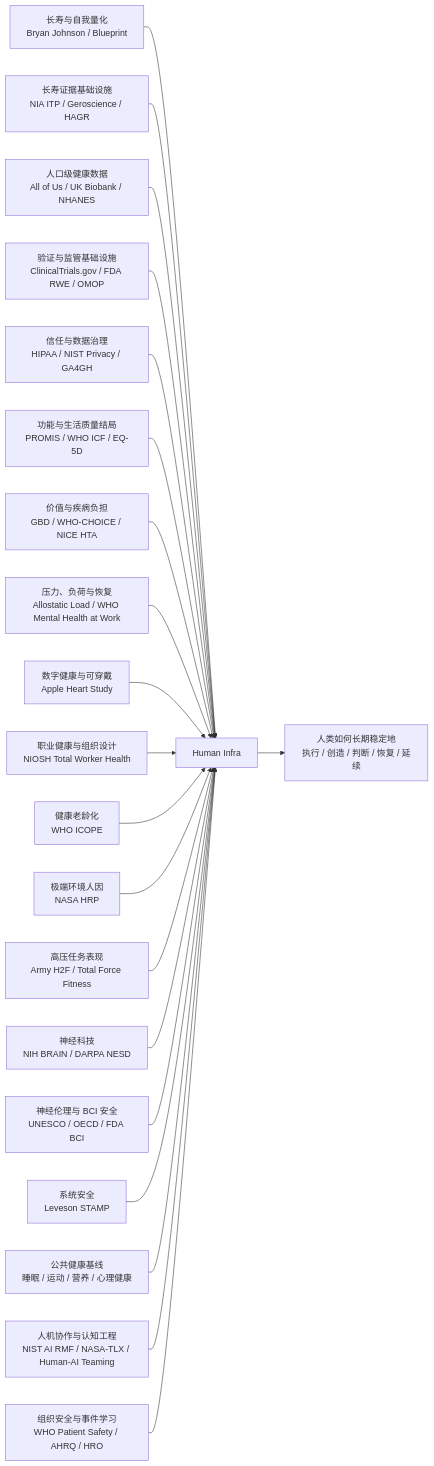
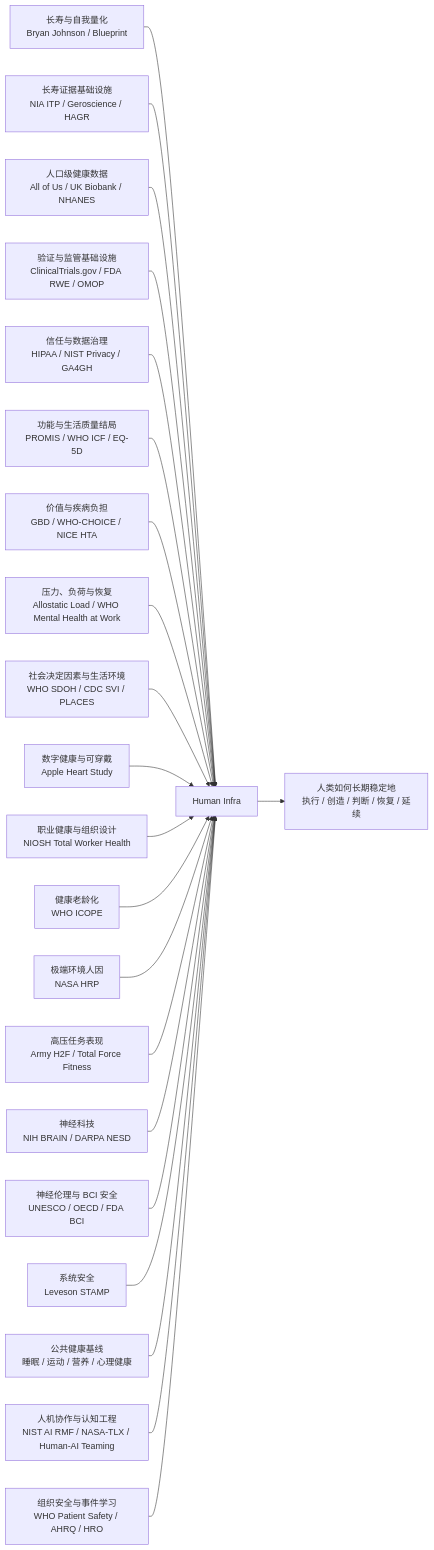
Before and after one commit to 123olp/ys: the first of 4 diagrams in README.md, drawn with Mermaid. The commit also changed other lines of this file and 2 other files, not shown here.

````diff
--- a/README.md
+++ b/README.md
@@ -22,24 +22,25 @@
 ```mermaid
 flowchart LR
     A[长寿与自我量化<br/>Bryan Johnson / Blueprint] --> H[Human Infra]
     L[长寿证据基础设施<br/>NIA ITP / Geroscience / HAGR] --> H
     P[人口级健康数据<br/>All of Us / UK Biobank / NHANES] --> H
     R[验证与监管基础设施<br/>ClinicalTrials.gov / FDA RWE / OMOP] --> H
     T[信任与数据治理<br/>HIPAA / NIST Privacy / GA4GH] --> H
     Q[功能与生活质量结局<br/>PROMIS / WHO ICF / EQ-5D] --> H
     V[价值与疾病负担<br/>GBD / WHO-CHOICE / NICE HTA] --> H
     S[压力、负荷与恢复<br/>Allostatic Load / WHO Mental Health at Work] --> H
+    U[社会决定因素与生活环境<br/>WHO SDOH / CDC SVI / PLACES] --> H
     B[数字健康与可穿戴<br/>Apple Heart Study] --> H
     C[职业健康与组织设计<br/>NIOSH Total Worker Health] --> H
     D[健康老龄化<br/>WHO ICOPE] --> H
     E[极端环境人因<br/>NASA HRP] --> H
     F[高压任务表现<br/>Army H2F / Total Force Fitness] --> H
     G[神经科技<br/>NIH BRAIN / DARPA NESD] --> H
     N[神经伦理与 BCI 安全<br/>UNESCO / OECD / FDA BCI] --> H
     I[系统安全<br/>Leveson STAMP] --> H
     K[公共健康基线<br/>睡眠 / 运动 / 营养 / 心理健康] --> H
     M[人机协作与认知工程<br/>NIST AI RMF / NASA-TLX / Human-AI Teaming] --> H
     O[组织安全与事件学习<br/>WHO Patient Safety / AHRQ / HRO] --> H
 
     H --> J[人类如何长期稳定地<br/>执行 / 创造 / 判断 / 恢复 / 延续]
 ```
````
